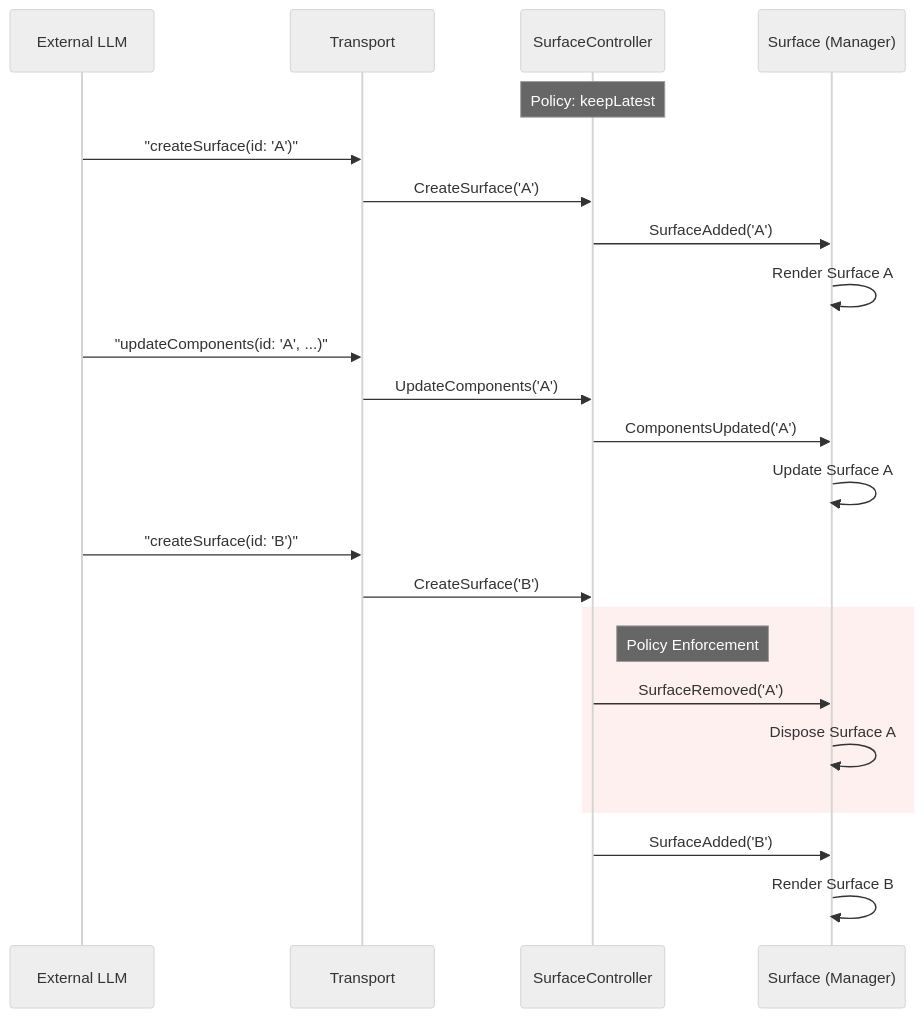
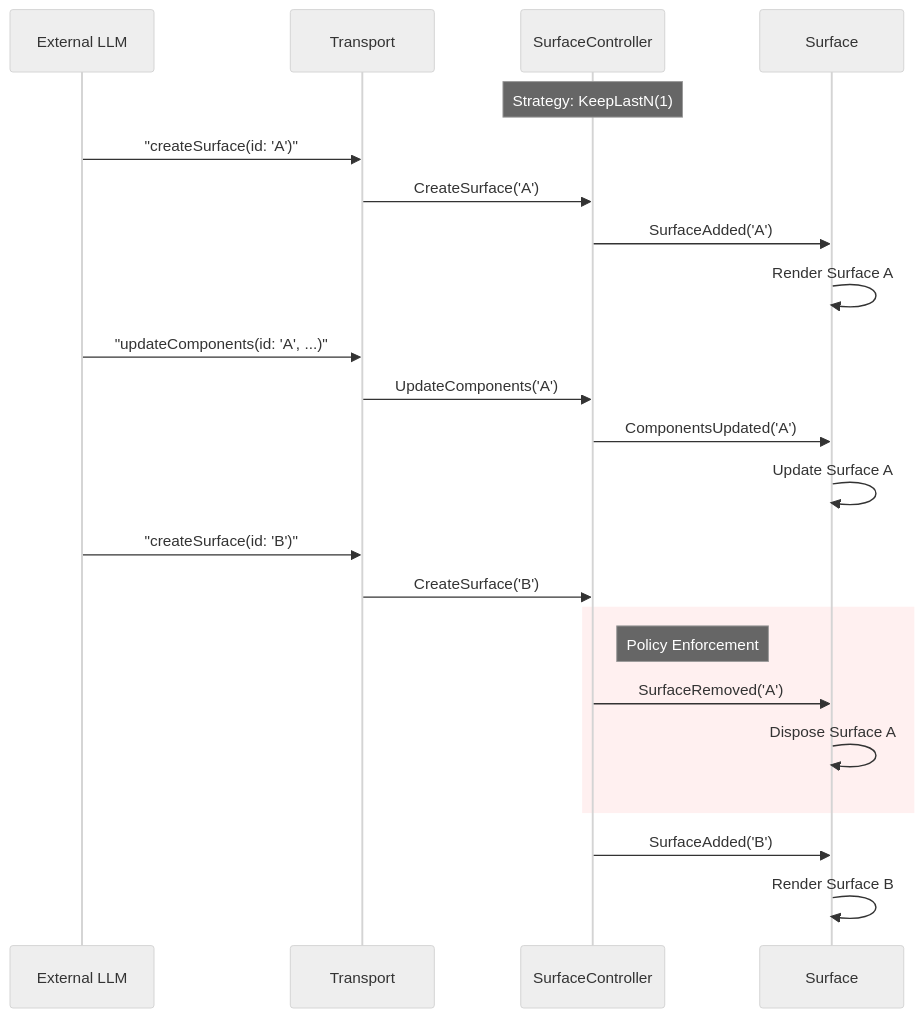
Before and after one commit to polina-c/genui: the diagram in packages/genui/docs/Design_Proposal.md, drawn with Mermaid (neutral theme). The commit also changed other lines of this file and 14 other files, not shown here.

Commit message:
Update diagrams

````diff
--- a/packages/genui/docs/Design_Proposal.md
+++ b/packages/genui/docs/Design_Proposal.md
@@ -229,31 +119,31 @@
 ```mermaid
 sequenceDiagram
     participant LLM as External LLM
     participant Transport as Transport
     participant Controller as SurfaceController
-    participant UI as Surface (Manager)
+    participant UI as Surface
 
-    Note over Controller: Policy: keepLatest
+    Note over Controller: Strategy: KeepLastN(1)
 
     LLM->>Transport: "createSurface(id: 'A')"
     Transport->>Controller: CreateSurface('A')
     Controller->>UI: SurfaceAdded('A')
     UI->>UI: Render Surface A
 
     LLM->>Transport: "updateComponents(id: 'A', ...)"
     Transport->>Controller: UpdateComponents('A')
     Controller->>UI: ComponentsUpdated('A')
     UI->>UI: Update Surface A
 
     LLM->>Transport: "createSurface(id: 'B')"
     Transport->>Controller: CreateSurface('B')
 
     rect rgb(255, 240, 240)
         Note right of Controller: Policy Enforcement
         Controller->>UI: SurfaceRemoved('A')
         UI->>UI: Dispose Surface A
     end
 
     Controller->>UI: SurfaceAdded('B')
     UI->>UI: Render Surface B
 ```
````
